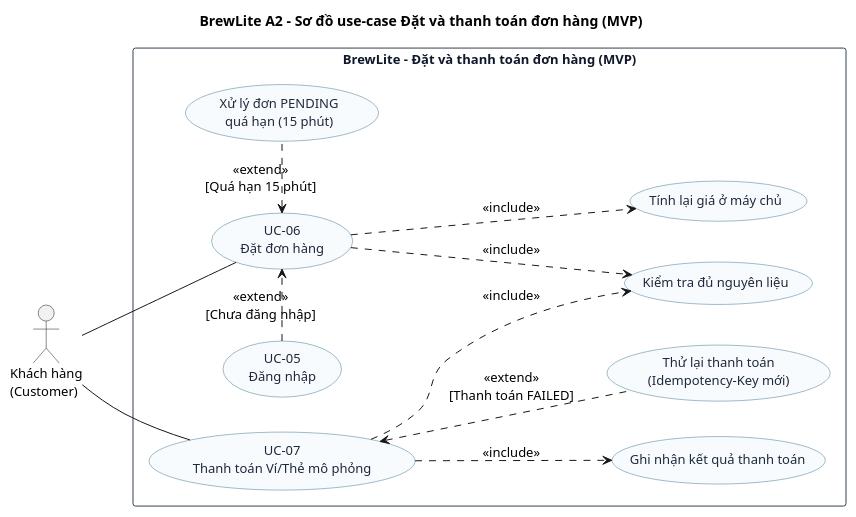
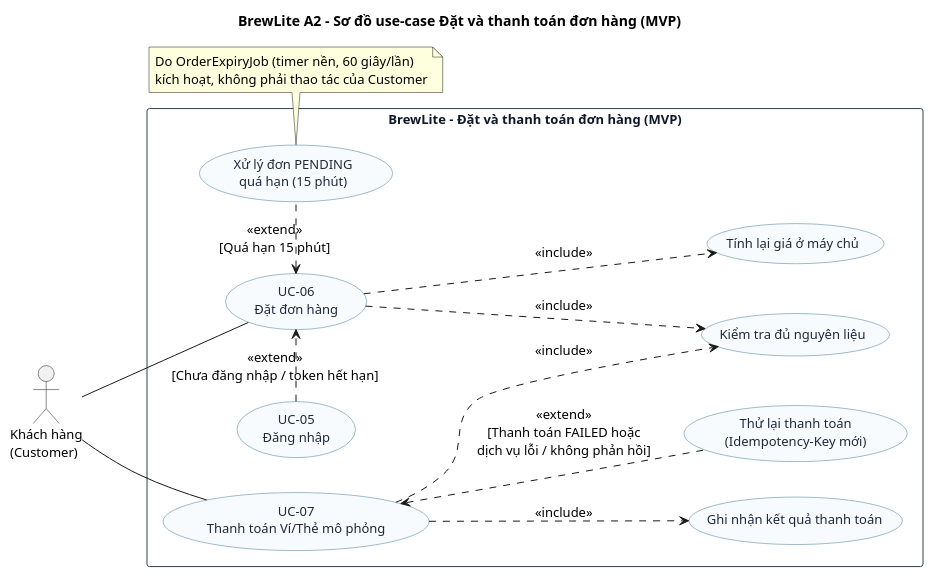
The diagram in docs/diagrams/use-case-checkout.puml (letan01012006/brewlite-a2), drawn with PlantUML before and after one commit. The commit also changed 4 other files, not shown here.

Commit message:
docs(checkout): align UC-06/07 and sequence with 3-phase payment, mock failure, in-progress

```diff
--- a/docs/diagrams/use-case-checkout.puml
+++ b/docs/diagrams/use-case-checkout.puml
@@ -1,56 +1,61 @@
 @startuml BrewLite_A2_UseCase_Checkout
 left to right direction
 skinparam backgroundColor white
 skinparam shadowing false
 skinparam packageStyle rectangle
 skinparam actorStyle stickman
 skinparam nodesep 35
 skinparam ranksep 65
 skinparam defaultFontName "Arial"
 skinparam defaultFontSize 13
 
 skinparam usecase {
   BackgroundColor #F8FBFE
   BorderColor #417893
   FontColor #1E293B
 }
 
 skinparam rectangle {
   BorderColor #334155
   FontColor #0F172A
   FontStyle bold
 }
 
 title BrewLite A2 - Sơ đồ use-case Đặt và thanh toán đơn hàng (MVP)
 
 actor "Khách hàng\n(Customer)" as Customer
 
 rectangle "BrewLite - Đặt và thanh toán đơn hàng (MVP)" {
   usecase "UC-05\nĐăng nhập" as UC05
   usecase "UC-06\nĐặt đơn hàng" as UC06
   usecase "UC-07\nThanh toán Ví/Thẻ mô phỏng" as UC07
 
   usecase "Tính lại giá ở máy chủ" as PRICE
   usecase "Kiểm tra đủ nguyên liệu" as STOCK
   usecase "Ghi nhận kết quả thanh toán" as RESULT
 
   usecase "Xử lý đơn PENDING\nquá hạn (15 phút)" as EXPIRE
   usecase "Thử lại thanh toán\n(Idempotency-Key mới)" as RETRY
 }
 
 ' Quan hệ Actor - Use Case
 Customer -- UC06
 Customer -- UC07
 
 ' Quan hệ <<include>>
 UC06 ..> PRICE : <<include>>
 UC06 ..> STOCK : <<include>>
 UC07 ..> STOCK : <<include>>
 UC07 ..> RESULT : <<include>>
 
 ' Quan hệ <<extend>> (tách hướng rõ ràng để không đè nhãn)
-UC05 .right.> UC06 : <<extend>>\n[Chưa đăng nhập]
+UC05 .right.> UC06 : <<extend>>\n[Chưa đăng nhập / token hết hạn]
 EXPIRE .left.> UC06 : <<extend>>\n[Quá hạn 15 phút]
-RETRY .up.> UC07 : <<extend>>\n[Thanh toán FAILED]
+RETRY .up.> UC07 : <<extend>>\n[Thanh toán FAILED hoặc\ndịch vụ lỗi / không phản hồi]
+
+note bottom of EXPIRE
+  Do OrderExpiryJob (timer nền, 60 giây/lần)
+  kích hoạt, không phải thao tác của Customer
+end note
 
 @enduml
```
